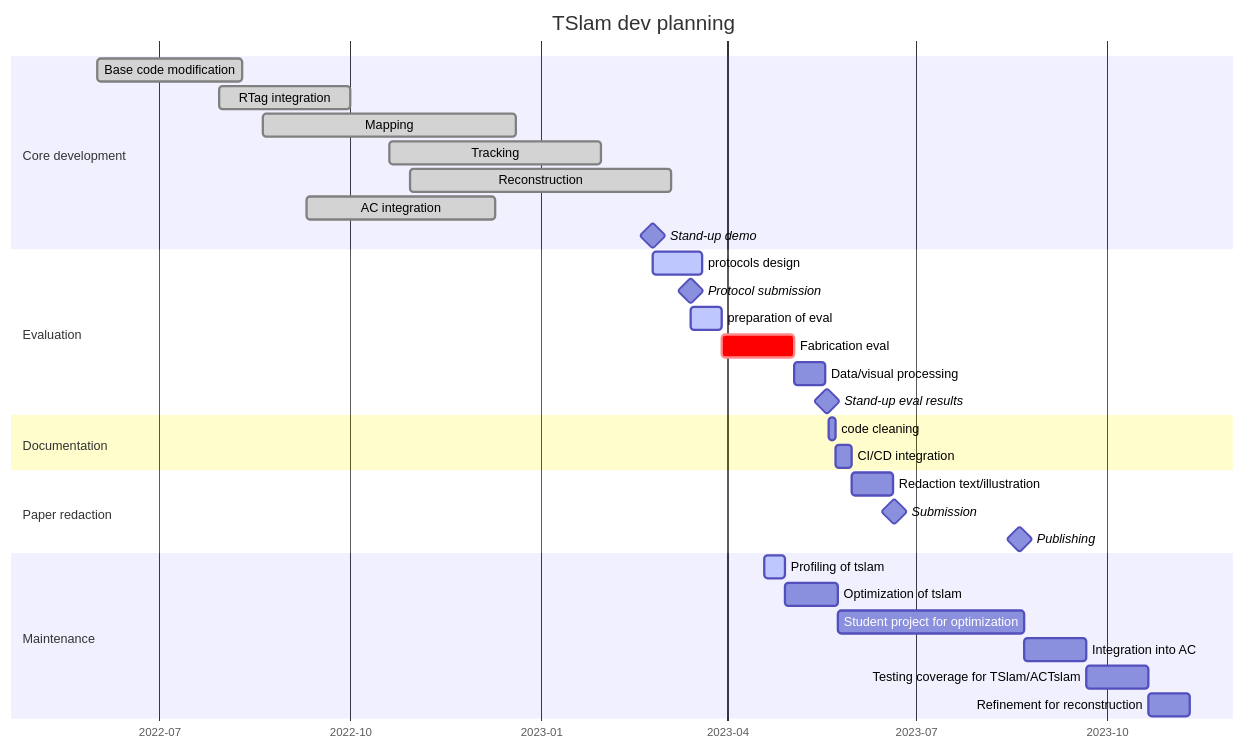
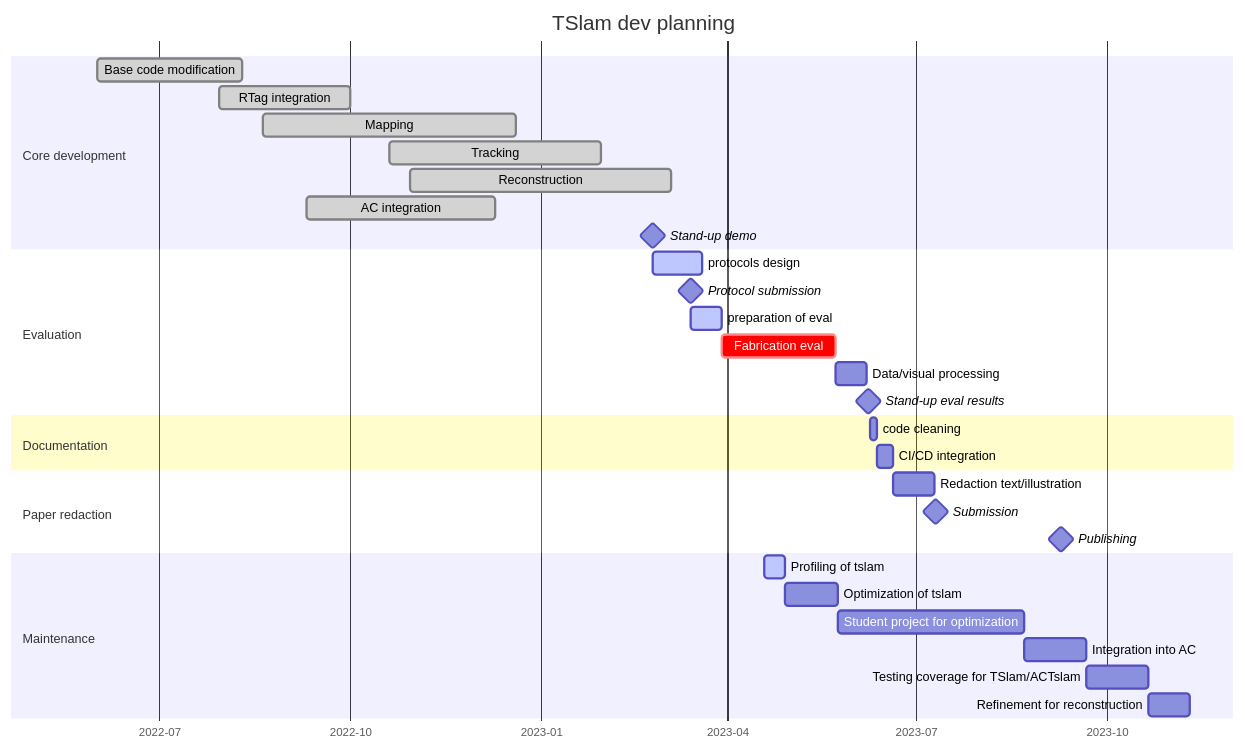
The diagram in README.md (ibois-epfl/TSlam), drawn with Mermaid before and after one commit.

Commit message:
UPDATE: planning

````diff
--- a/README.md
+++ b/README.md
@@ -12,40 +12,40 @@
 ```mermaid
 gantt
     dateFormat  YYYY-MM-DD
     title       TSlam dev planning
     axisFormat %Y-%m
 
     section Core development
     Base code modification          :done, ucm, 2022-06-01, 2022-08-10
     RTag integration                :done, rti, 2022-07-30, 2022-10-01
     Mapping                         :done, map, 2022-08-20, 2022-12-20
     Tracking                        :done, trck, 2022-10-20, 2023-01-30
     Reconstruction                  :done, rec, 2022-10-30, 2023-03-05
     AC integration                  :done, aci, 2022-09-10, 2022-12-10
     Stand-up demo                   :milestone, 2023-02-24, 0d
 
     section Evaluation
     protocols design                :active, ptrd, 2023-02-24, 2023-03-20
     Protocol submission             :milestone, 2023-03-14, 0d
     preparation of eval             :active, 15d
-    Fabrication eval                :crit, 35d
+    Fabrication eval                :crit, 55d
     Data/visual processing          :15d
     Stand-up eval results           :milestone, 2d
 
     section Documentation
     code cleaning                   :3d
     CI/CD integration               :8d
 
     section Paper redaction
     Redaction text/illustration     :20d
     Submission                      :milestone, 1d
     Publishing                      :milestone, 120d
     
     section Maintenance            
     Profiling of tslam                  :active, opti, 2023-04-19, 10d
     Optimization of tslam               :25d
     Student project for optimization    :90d
     Integration into AC                 :30d
     Testing coverage for TSlam/ACTslam  :30d
     Refinement for reconstruction       :20d
 ```
````
